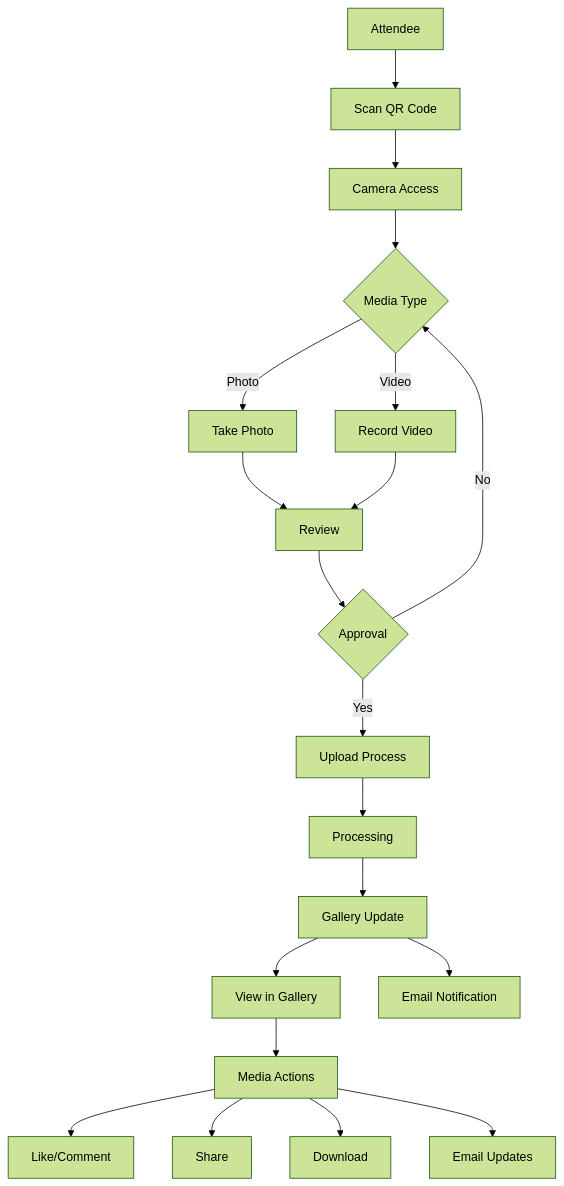
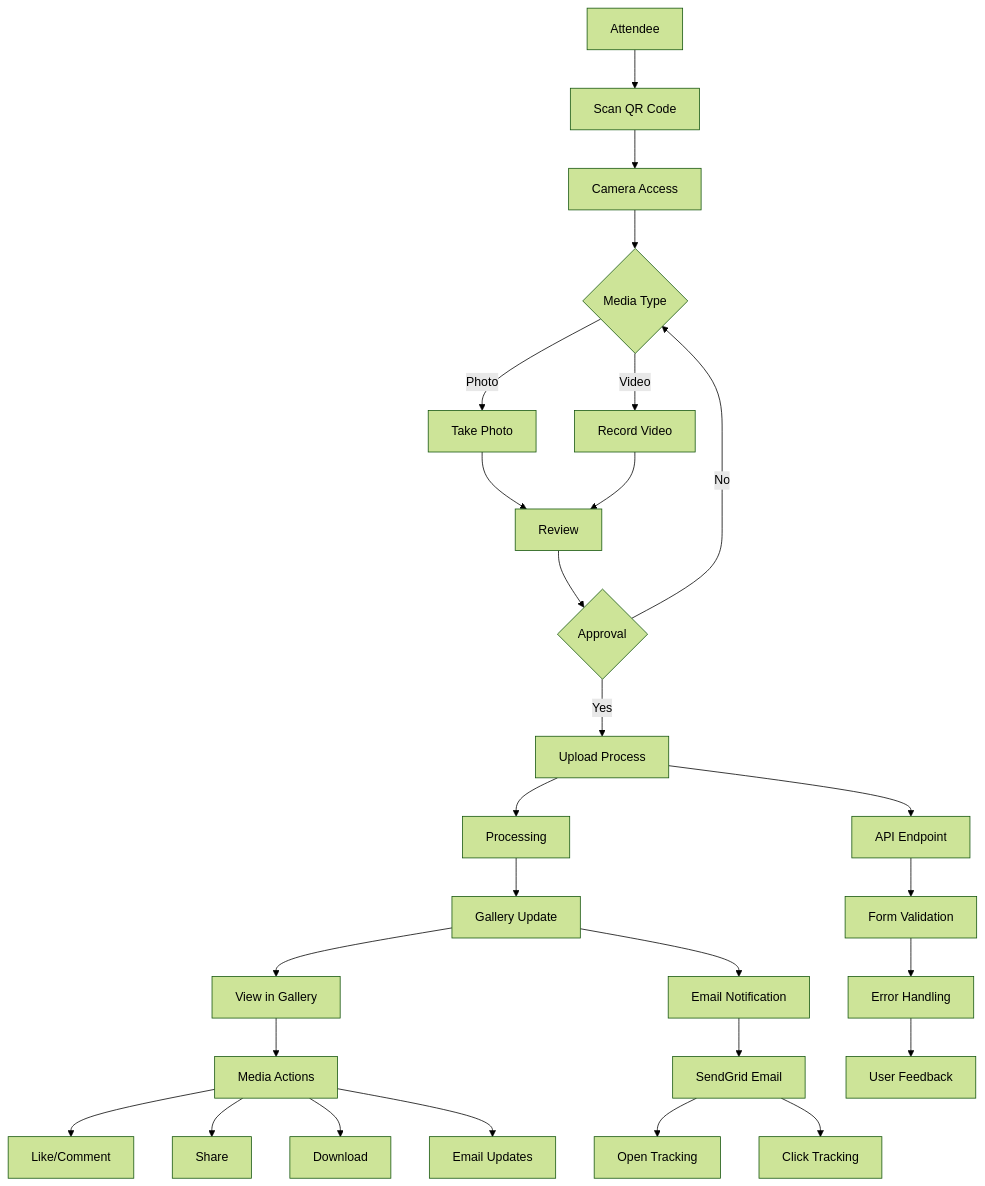
Before and after one commit to mrj0nesmtl/cloud-burst: the second of 5 diagrams in docs/user-flows/user_flow_overview.md, drawn with Mermaid (forest theme). The commit also changed other lines of this file and 42 other files, not shown here.

````diff
--- a/docs/user-flows/user_flow_overview.md
+++ b/docs/user-flows/user_flow_overview.md
@@ -89,27 +103,36 @@
 ```mermaid
 flowchart TD
     A[Attendee] --> B[Scan QR Code]
     B --> C[Camera Access]
     C --> D{Media Type}
     
     D -->|Photo| E[Take Photo]
     D -->|Video| F[Record Video]
     
     E --> G[Review]
     F --> G
     
     G --> H{Approval}
     H -->|Yes| I[Upload Process]
     H -->|No| D
     
     I --> J[Processing]
     J --> K[Gallery Update]
     K --> L[View in Gallery]
     K --> M[Email Notification]
     
     L --> N[Media Actions]
     N --> O[Like/Comment]
     N --> P[Share]
     N --> Q[Download]
     N --> R[Email Updates]
+    
+    M --> S[SendGrid Email]
+    S --> T[Open Tracking]
+    S --> U[Click Tracking]
+    
+    I --> V[API Endpoint]
+    V --> W[Form Validation]
+    W --> X[Error Handling]
+    X --> Y[User Feedback]
 ```
````
